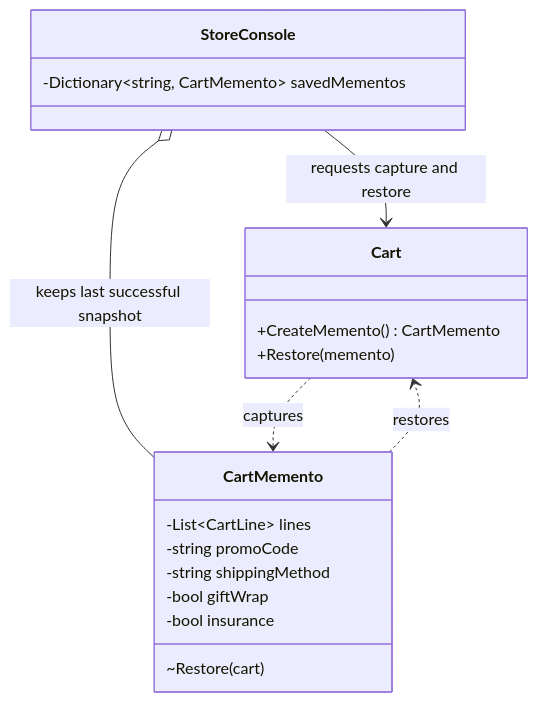
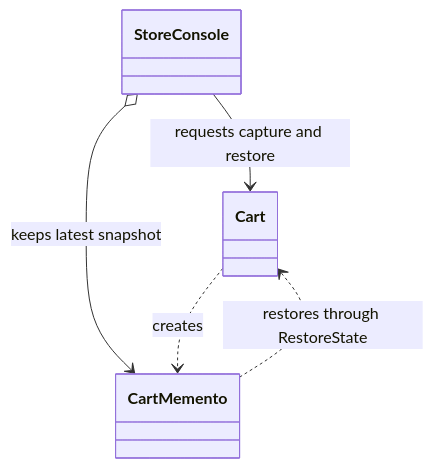
One commit to vaughnellis/gang-of-four-in-action changed the first of 2 diagrams in patterns/behavioral/memento/README.md. Above: the diagram before and after it, drawn with Mermaid. The commit also changed other lines of this file and 34 other files, not shown here.

````diff
--- a/patterns/behavioral/memento/README.md
+++ b/patterns/behavioral/memento/README.md
@@ -15,22 +63,7 @@
 ```mermaid
 classDiagram
-    class Cart {
-        +CreateMemento() CartMemento
-        +Restore(memento)
-    }
-    class CartMemento {
-        -List~CartLine~ lines
-        -string promoCode
-        -string shippingMethod
-        -bool giftWrap
-        -bool insurance
-        ~Restore(cart)
-    }
-    class StoreConsole {
-        -Dictionary~string, CartMemento~ savedMementos
-    }
     StoreConsole --> Cart : requests capture and restore
-    StoreConsole o-- CartMemento : keeps last successful snapshot
-    Cart ..> CartMemento : captures
-    CartMemento ..> Cart : restores
+    StoreConsole o--> CartMemento : keeps latest snapshot
+    Cart ..> CartMemento : creates
+    CartMemento ..> Cart : restores through RestoreState
 ```
````
